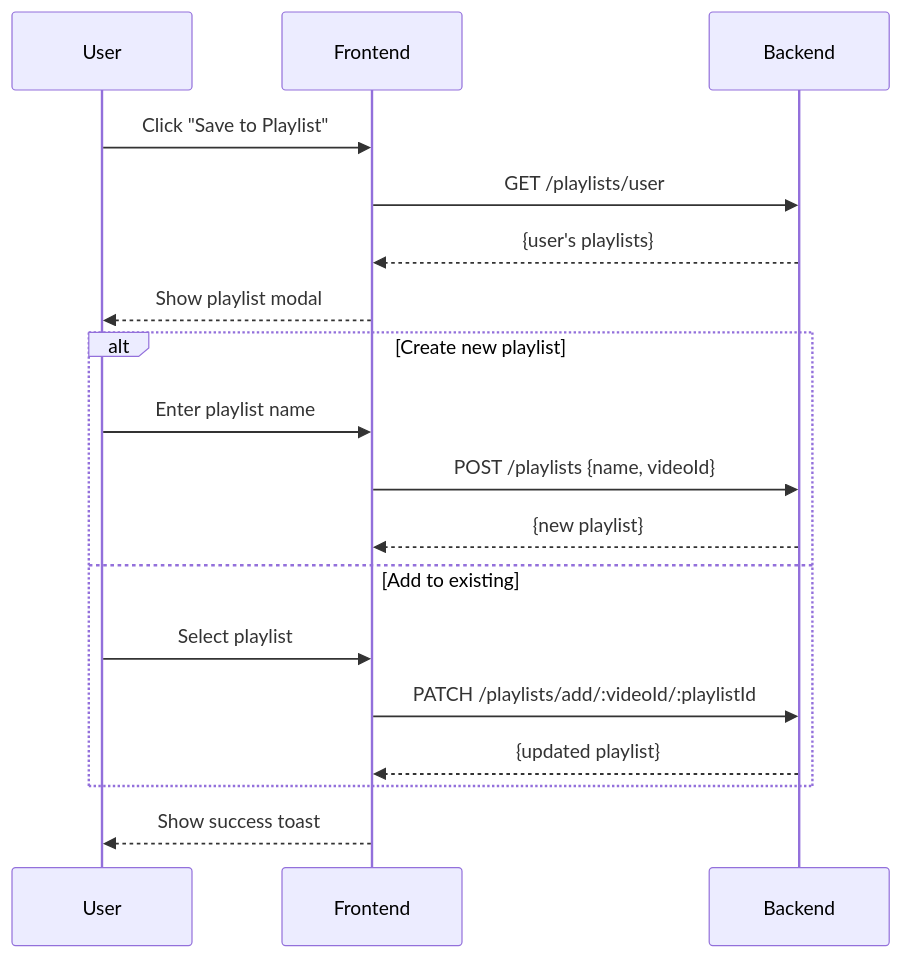
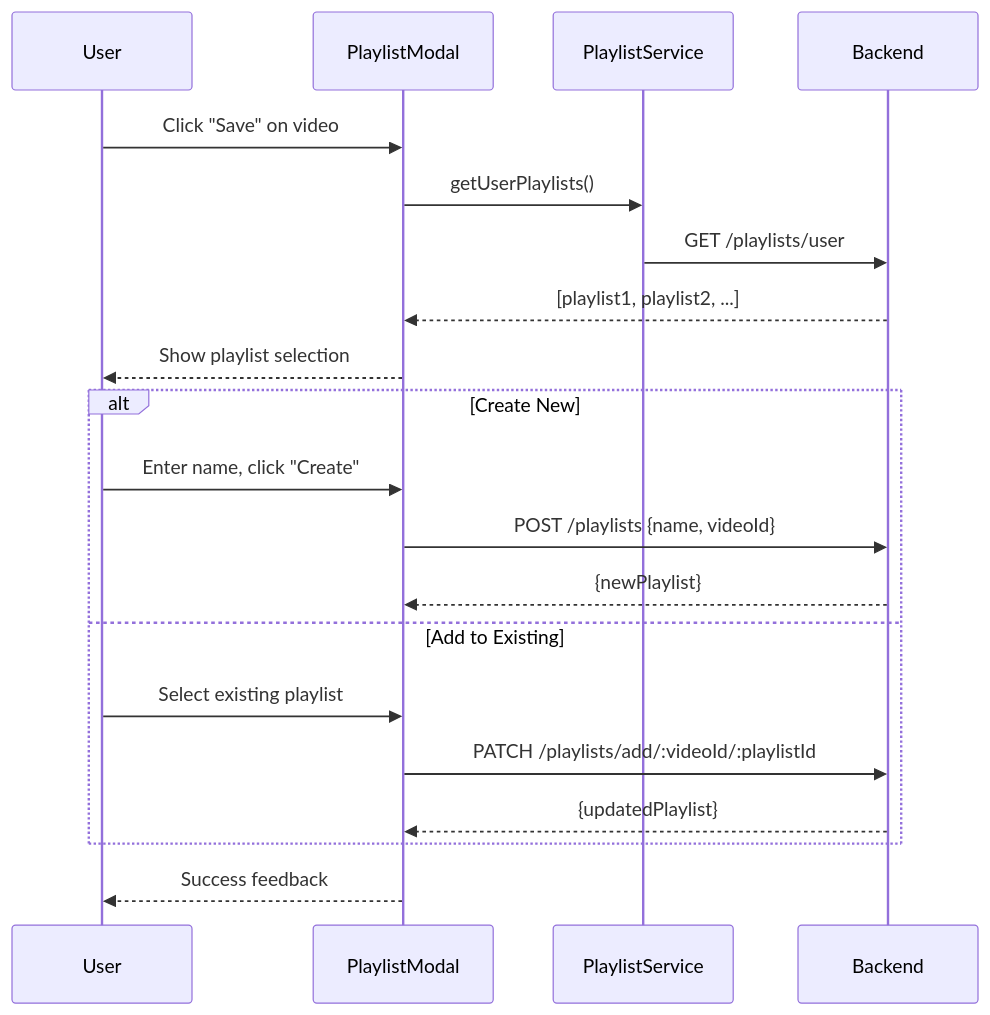
The eighth of 8 diagrams in README.md (Makwana-Nikunj/b), drawn with Mermaid before and after one commit. The commit also changed other lines of this file, not shown here.

Commit message:
docs: Overhaul README.md to provide comprehensive project setup, architecture, and core user workflow documentation.

````diff
--- a/README.md
+++ b/README.md
@@ -187,23 +694,25 @@
 ```mermaid
 sequenceDiagram
     participant User
-    participant Frontend
+    participant PlaylistModal
+    participant PlaylistService
     participant Backend
 
-    User->>Frontend: Click "Save to Playlist"
-    Frontend->>Backend: GET /playlists/user
-    Backend-->>Frontend: {user's playlists}
-    Frontend-->>User: Show playlist modal
+    User->>PlaylistModal: Click "Save" on video
+    PlaylistModal->>PlaylistService: getUserPlaylists()
+    PlaylistService->>Backend: GET /playlists/user
+    Backend-->>PlaylistModal: [playlist1, playlist2, ...]
+    PlaylistModal-->>User: Show playlist selection
 
-    alt Create new playlist
-        User->>Frontend: Enter playlist name
-        Frontend->>Backend: POST /playlists {name, videoId}
-        Backend-->>Frontend: {new playlist}
-    else Add to existing
-        User->>Frontend: Select playlist
-        Frontend->>Backend: PATCH /playlists/add/:videoId/:playlistId
-        Backend-->>Frontend: {updated playlist}
+    alt Create New
+        User->>PlaylistModal: Enter name, click "Create"
+        PlaylistModal->>Backend: POST /playlists {name, videoId}
+        Backend-->>PlaylistModal: {newPlaylist}
+    else Add to Existing
+        User->>PlaylistModal: Select existing playlist
+        PlaylistModal->>Backend: PATCH /playlists/add/:videoId/:playlistId
+        Backend-->>PlaylistModal: {updatedPlaylist}
     end
 
-    Frontend-->>User: Show success toast
+    PlaylistModal-->>User: Success feedback
 ```
````
